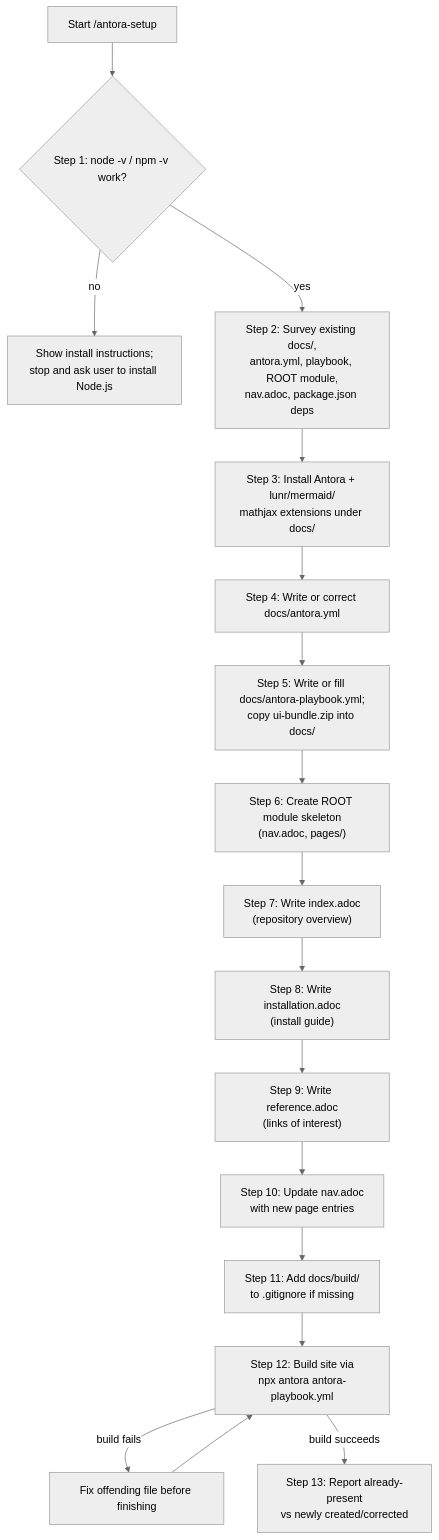
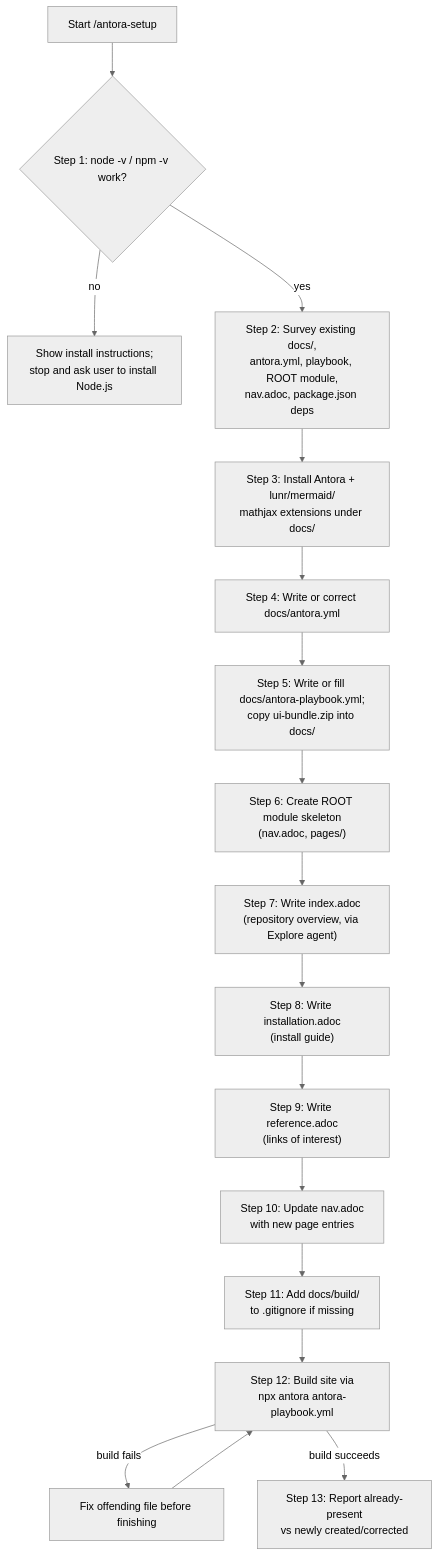
Before and after one commit to albertoirurueta/ai-catalog: the diagram in docs/modules/ROOT/pages/skills/antora-setup.adoc, drawn with Mermaid (neutral theme). The commit also changed other lines of this file and 35 other files, not shown here.

```diff
--- a/docs/modules/ROOT/pages/skills/antora-setup.adoc
+++ b/docs/modules/ROOT/pages/skills/antora-setup.adoc
@@ -66,20 +66,20 @@
 [mermaid]
 ....
 flowchart TD
     A[Start /antora-setup] --> B{"Step 1: node -v / npm -v work?"}
     B -- no --> C["Show install instructions;\nstop and ask user to install Node.js"]
     B -- yes --> D["Step 2: Survey existing docs/,\nantora.yml, playbook, ROOT module,\nnav.adoc, package.json deps"]
     D --> E["Step 3: Install Antora + lunr/mermaid/\nmathjax extensions under docs/"]
     E --> F["Step 4: Write or correct docs/antora.yml"]
     F --> G["Step 5: Write or fill docs/antora-playbook.yml;\ncopy ui-bundle.zip into docs/"]
     G --> H["Step 6: Create ROOT module skeleton\n(nav.adoc, pages/)"]
-    H --> I["Step 7: Write index.adoc\n(repository overview)"]
+    H --> I["Step 7: Write index.adoc\n(repository overview, via Explore agent)"]
     I --> J["Step 8: Write installation.adoc\n(install guide)"]
     J --> K["Step 9: Write reference.adoc\n(links of interest)"]
     K --> L["Step 10: Update nav.adoc\nwith new page entries"]
     L --> M["Step 11: Add docs/build/\nto .gitignore if missing"]
     M --> N["Step 12: Build site via\nnpx antora antora-playbook.yml"]
     N -- build fails --> O[Fix offending file before finishing]
     O --> N
     N -- build succeeds --> P["Step 13: Report already-present\nvs newly created/corrected"]
 ....
```
